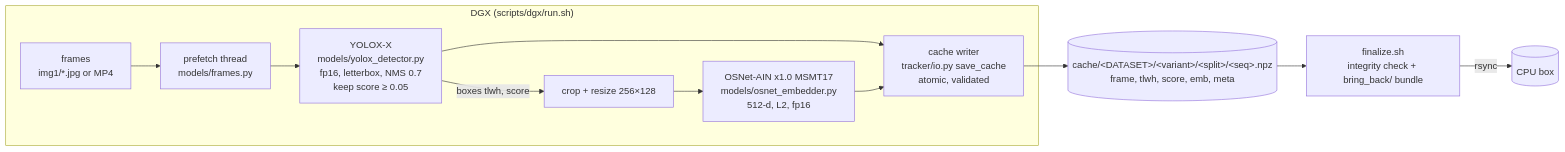
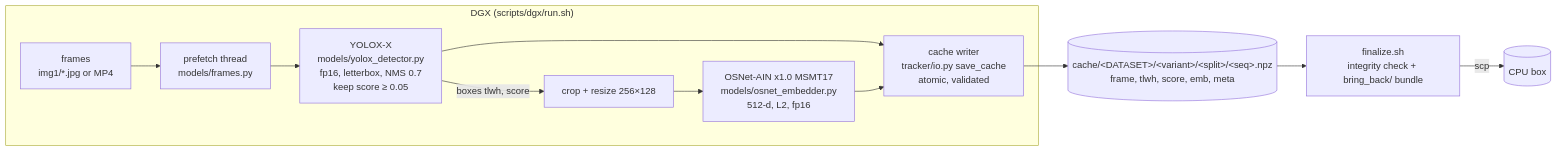
Before and after one commit to panshularora/zed-ps2-tracker: the first of 3 diagrams in docs/architecture.md, drawn with Mermaid. The commit also changed 10 other files, not shown here.

````diff
--- a/docs/architecture.md
+++ b/docs/architecture.md
@@ -17,14 +17,14 @@
 ```mermaid
 flowchart LR
     subgraph DGX["DGX (scripts/dgx/run.sh)"]
         F[frames<br/>img1/*.jpg or MP4] --> P[prefetch thread<br/>models/frames.py]
         P --> D[YOLOX-X<br/>models/yolox_detector.py<br/>fp16, letterbox, NMS 0.7<br/>keep score ≥ 0.05]
         D -->|boxes tlwh, score| C[crop + resize 256×128]
         C --> R[OSNet-AIN x1.0 MSMT17<br/>models/osnet_embedder.py<br/>512-d, L2, fp16]
         D --> W
         R --> W[cache writer<br/>tracker/io.py save_cache<br/>atomic, validated]
     end
     W --> NPZ[(cache/&lt;DATASET&gt;/&lt;variant&gt;/&lt;split&gt;/&lt;seq&gt;.npz<br/>frame, tlwh, score, emb, meta)]
     NPZ --> B[finalize.sh<br/>integrity check + bring_back/ bundle]
-    B -->|rsync| BOX[(CPU box)]
+    B -->|scp| BOX[(CPU box)]
 ```
````
